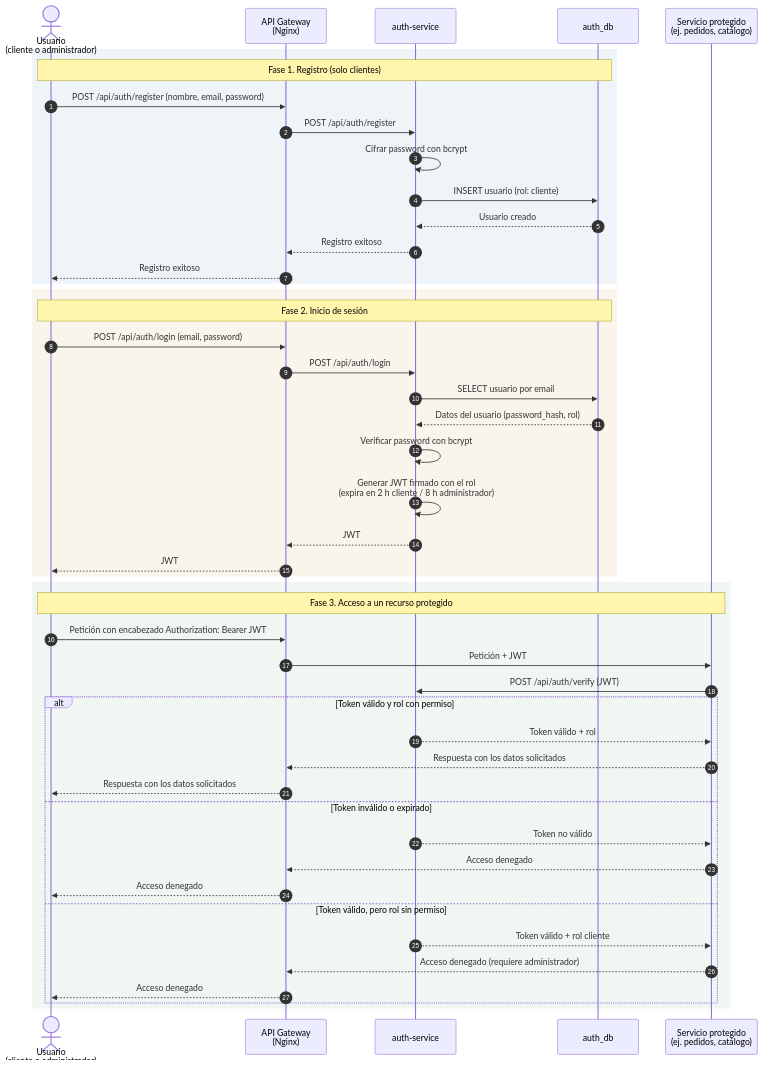
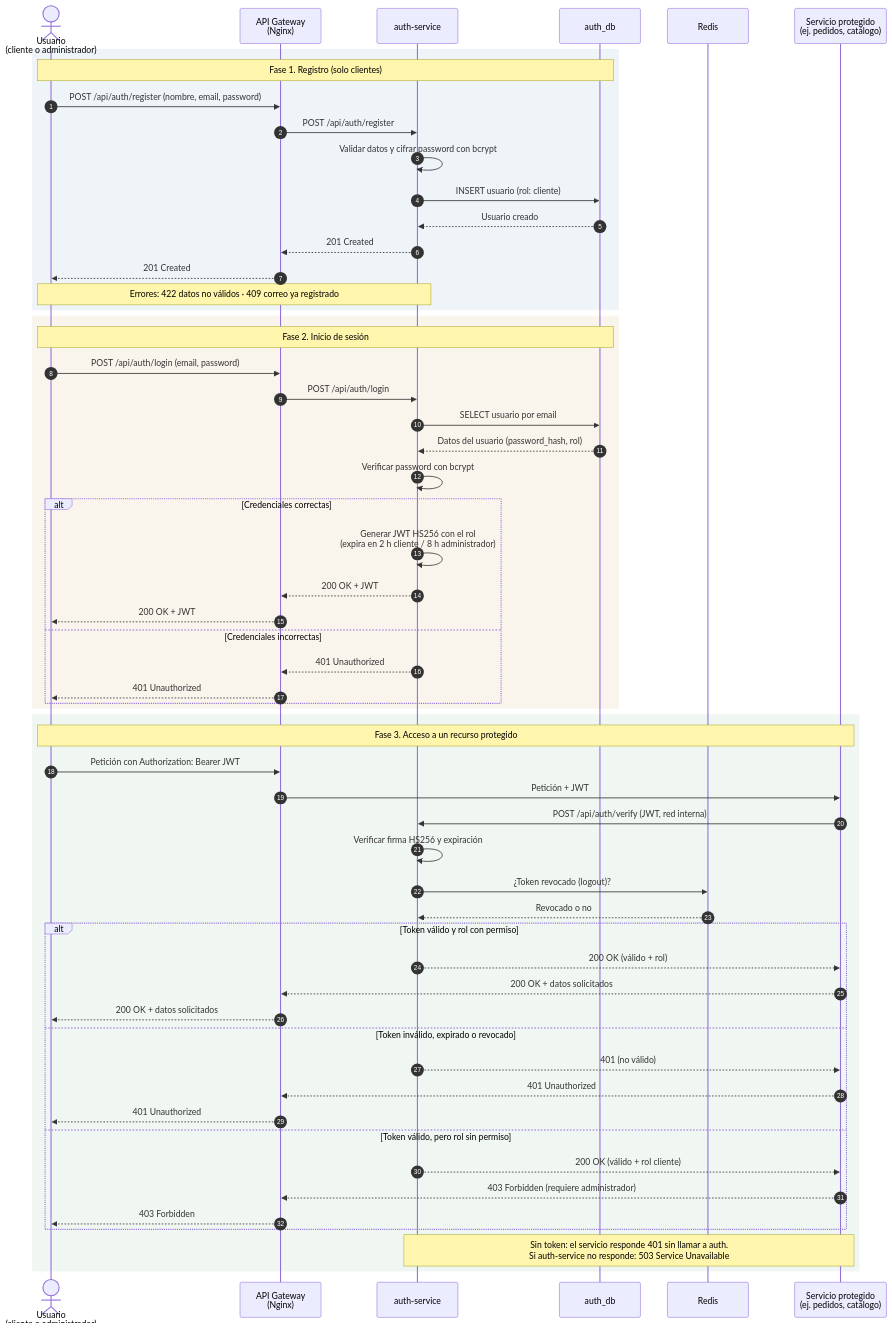
One commit to anderson-0112/proyecto-ecommerce changed the diagram in docs/diagramas/diagrama5_autenticacion/secuencia_autenticacion.mmd. Above: the diagram before and after it, drawn with Mermaid. The commit also changed 30 other files, not shown here.

```diff
--- a/docs/diagramas/diagrama5_autenticacion/secuencia_autenticacion.mmd
+++ b/docs/diagramas/diagrama5_autenticacion/secuencia_autenticacion.mmd
@@ -1,50 +1,61 @@
 sequenceDiagram
     autonumber
     actor U as Usuario<br/>(cliente o administrador)
     participant GW as API Gateway<br/>(Nginx)
     participant AUTH as auth-service
     participant DB as auth_db
+    participant R as Redis
     participant SRV as Servicio protegido<br/>(ej. pedidos, catálogo)
 
     rect rgba(120,160,200,0.12)
     Note over U,DB: Fase 1. Registro (solo clientes)
     U->>GW: POST /api/auth/register (nombre, email, password)
     GW->>AUTH: POST /api/auth/register
-    AUTH->>AUTH: Cifrar password con bcrypt
+    AUTH->>AUTH: Validar datos y cifrar password con bcrypt
     AUTH->>DB: INSERT usuario (rol: cliente)
     DB-->>AUTH: Usuario creado
-    AUTH-->>GW: Registro exitoso
-    GW-->>U: Registro exitoso
+    AUTH-->>GW: 201 Created
+    GW-->>U: 201 Created
+    Note over U,AUTH: Errores: 422 datos no válidos · 409 correo ya registrado
     end
 
     rect rgba(200,170,110,0.12)
     Note over U,DB: Fase 2. Inicio de sesión
     U->>GW: POST /api/auth/login (email, password)
     GW->>AUTH: POST /api/auth/login
     AUTH->>DB: SELECT usuario por email
     DB-->>AUTH: Datos del usuario (password_hash, rol)
     AUTH->>AUTH: Verificar password con bcrypt
-    AUTH->>AUTH: Generar JWT firmado con el rol<br/>(expira en 2 h cliente / 8 h administrador)
-    AUTH-->>GW: JWT
-    GW-->>U: JWT
+    alt Credenciales correctas
+        AUTH->>AUTH: Generar JWT HS256 con el rol<br/>(expira en 2 h cliente / 8 h administrador)
+        AUTH-->>GW: 200 OK + JWT
+        GW-->>U: 200 OK + JWT
+    else Credenciales incorrectas
+        AUTH-->>GW: 401 Unauthorized
+        GW-->>U: 401 Unauthorized
+    end
     end
 
     rect rgba(130,180,140,0.12)
     Note over U,SRV: Fase 3. Acceso a un recurso protegido
-    U->>GW: Petición con encabezado Authorization: Bearer JWT
+    U->>GW: Petición con Authorization: Bearer JWT
     GW->>SRV: Petición + JWT
-    SRV->>AUTH: POST /api/auth/verify (JWT)
+    SRV->>AUTH: POST /api/auth/verify (JWT, red interna)
+    AUTH->>AUTH: Verificar firma HS256 y expiración
+    AUTH->>R: ¿Token revocado (logout)?
+    R-->>AUTH: Revocado o no
     alt Token válido y rol con permiso
-        AUTH-->>SRV: Token válido + rol
-        SRV-->>GW: Respuesta con los datos solicitados
-        GW-->>U: Respuesta con los datos solicitados
-    else Token inválido o expirado
-        AUTH-->>SRV: Token no válido
-        SRV-->>GW: Acceso denegado
-        GW-->>U: Acceso denegado
+        AUTH-->>SRV: 200 OK (válido + rol)
+        SRV-->>GW: 200 OK + datos solicitados
+        GW-->>U: 200 OK + datos solicitados
+    else Token inválido, expirado o revocado
+        AUTH-->>SRV: 401 (no válido)
+        SRV-->>GW: 401 Unauthorized
+        GW-->>U: 401 Unauthorized
     else Token válido, pero rol sin permiso
-        AUTH-->>SRV: Token válido + rol cliente
-        SRV-->>GW: Acceso denegado (requiere administrador)
-        GW-->>U: Acceso denegado
+        AUTH-->>SRV: 200 OK (válido + rol cliente)
+        SRV-->>GW: 403 Forbidden (requiere administrador)
+        GW-->>U: 403 Forbidden
     end
+    Note over AUTH,SRV: Sin token: el servicio responde 401 sin llamar a auth.<br/>Si auth-service no responde: 503 Service Unavailable
     end
```
